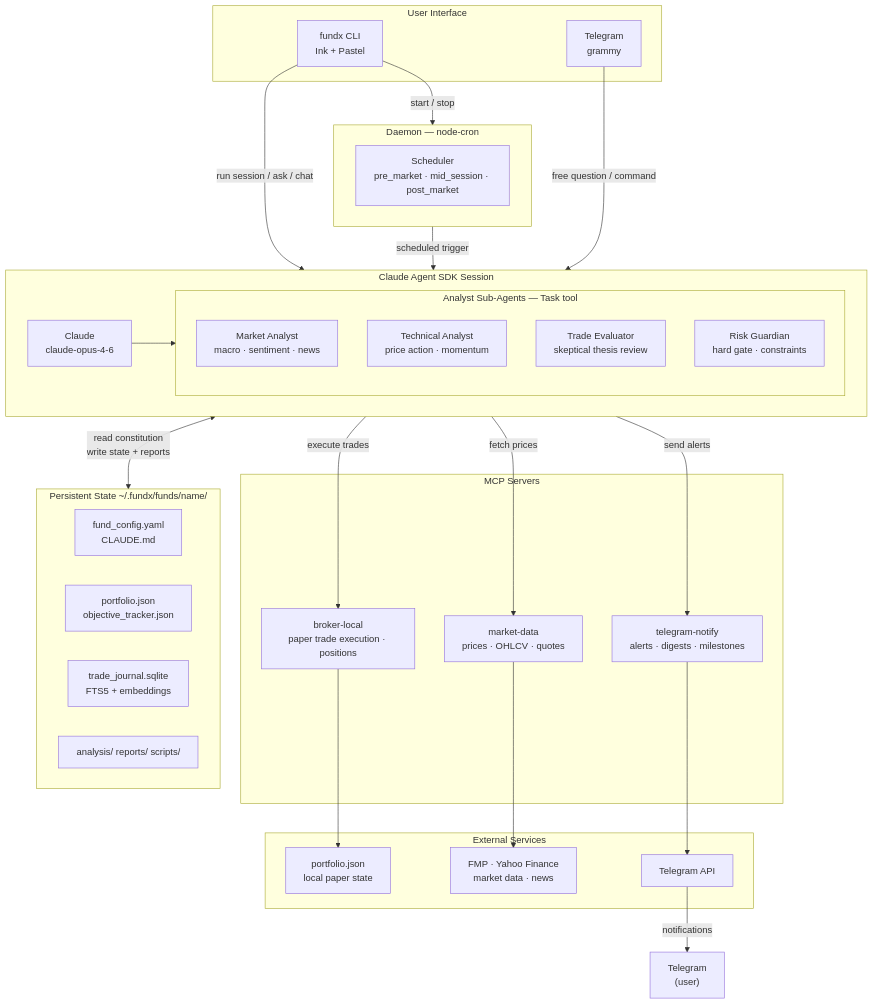
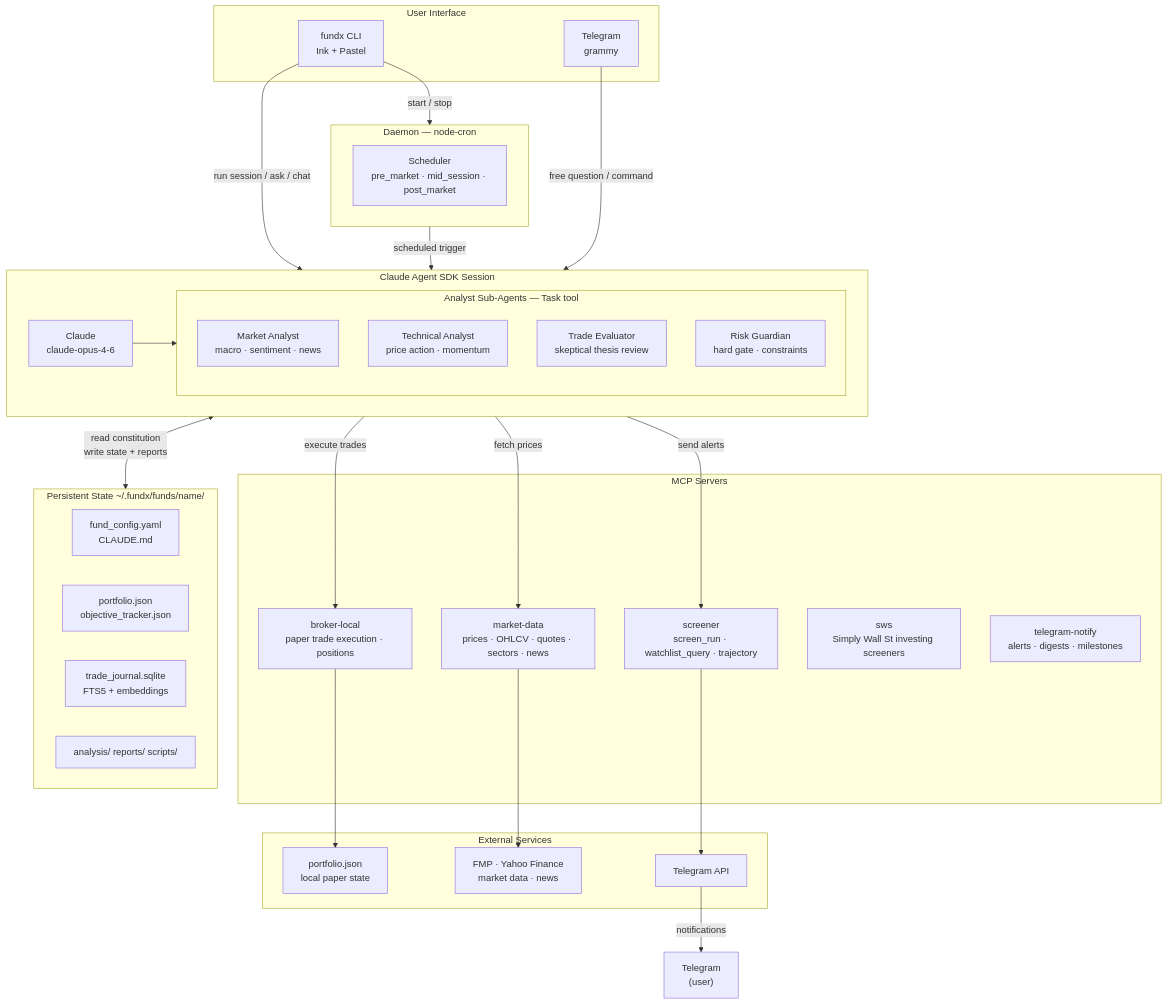
One commit to machester4/fundx changed the diagram in README.md. Above: the diagram before and after it, drawn with Mermaid. The commit also changed other lines of this file and 1 other file, not shown here.

````diff
--- a/README.md
+++ b/README.md
@@ -160,57 +173,59 @@
 ```mermaid
 graph TB
     subgraph UI["User Interface"]
         CLI["fundx CLI\nInk + Pastel"]
         TG_IN["Telegram\ngrammy"]
     end
 
     subgraph Daemon["Daemon — node-cron"]
         SCHED["Scheduler\npre_market · mid_session · post_market"]
     end
 
     subgraph Session["Claude Agent SDK Session"]
         CLAUDE["Claude\nclaude-opus-4-6"]
         subgraph SubAgents["Analyst Sub-Agents — Task tool"]
             SA1["Market Analyst\nmacro · sentiment · news"]
             SA2["Technical Analyst\nprice action · momentum"]
             SA3["Trade Evaluator\nskeptical thesis review"]
             SA4["Risk Guardian\nhard gate · constraints"]
         end
     end
 
     subgraph MCP["MCP Servers"]
         MCP1["broker-local\npaper trade execution · positions"]
-        MCP2["market-data\nprices · OHLCV · quotes"]
-        MCP3["telegram-notify\nalerts · digests · milestones"]
+        MCP2["market-data\nprices · OHLCV · quotes · sectors · news"]
+        MCP3["screener\nscreen_run · watchlist_query · trajectory"]
+        MCP4["sws\nSimply Wall St investing screeners"]
+        MCP5["telegram-notify\nalerts · digests · milestones"]
     end
 
     subgraph State["Persistent State  ~/.fundx/funds/name/"]
         ST1["fund_config.yaml\nCLAUDE.md"]
         ST2["portfolio.json\nobjective_tracker.json"]
         ST3["trade_journal.sqlite\nFTS5 + embeddings"]
         ST4["analysis/  reports/  scripts/"]
     end
 
     subgraph Ext["External Services"]
         EXT1["portfolio.json\nlocal paper state"]
         EXT2["FMP · Yahoo Finance\nmarket data · news"]
         EXT3["Telegram API"]
     end
 
     CLI -->|"run session / ask / chat"| Session
     CLI -->|"start / stop"| Daemon
     Daemon -->|"scheduled trigger"| Session
     TG_IN -->|"free question / command"| Session
 
     Session <-->|"read constitution\nwrite state + reports"| State
     CLAUDE --> SubAgents
 
     Session -->|"execute trades"| MCP1
     Session -->|"fetch prices"| MCP2
     Session -->|"send alerts"| MCP3
 
     MCP1 --> EXT1
     MCP2 --> EXT2
     MCP3 --> EXT3
     EXT3 -->|"notifications"| TG_In2["Telegram\n(user)"]
 ```
````
